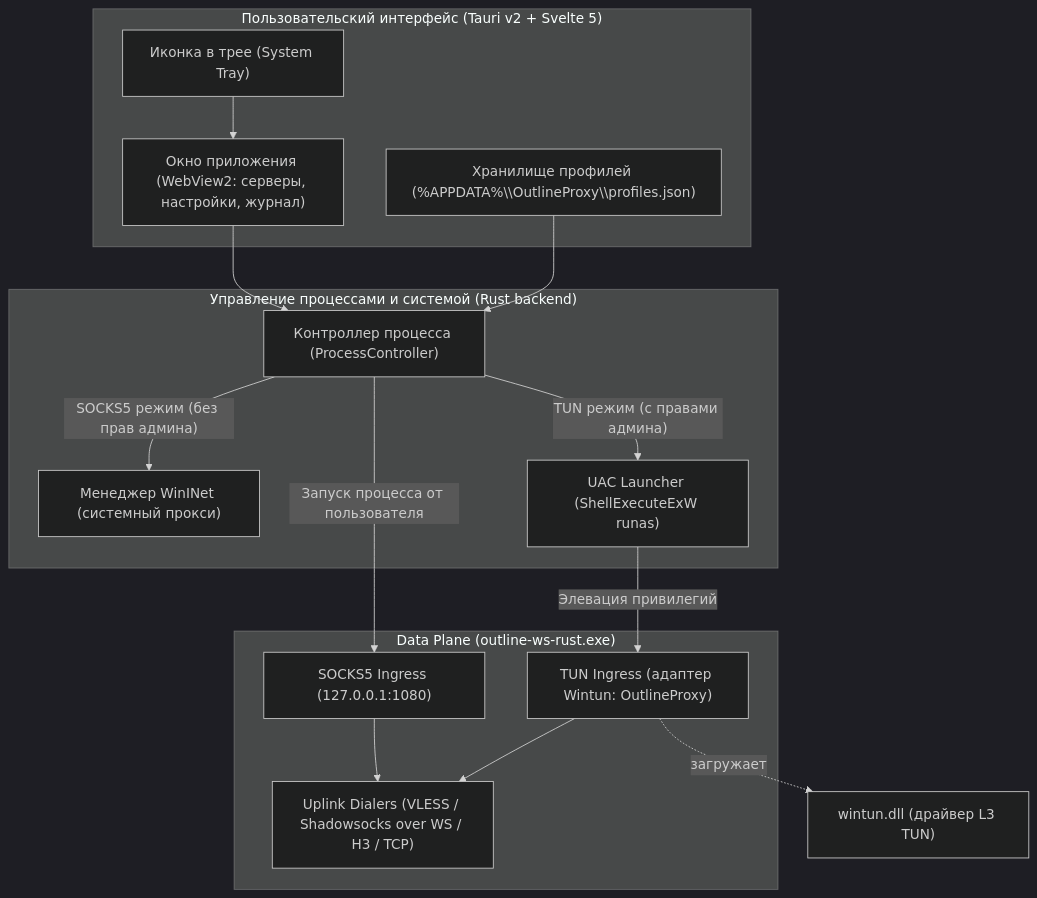
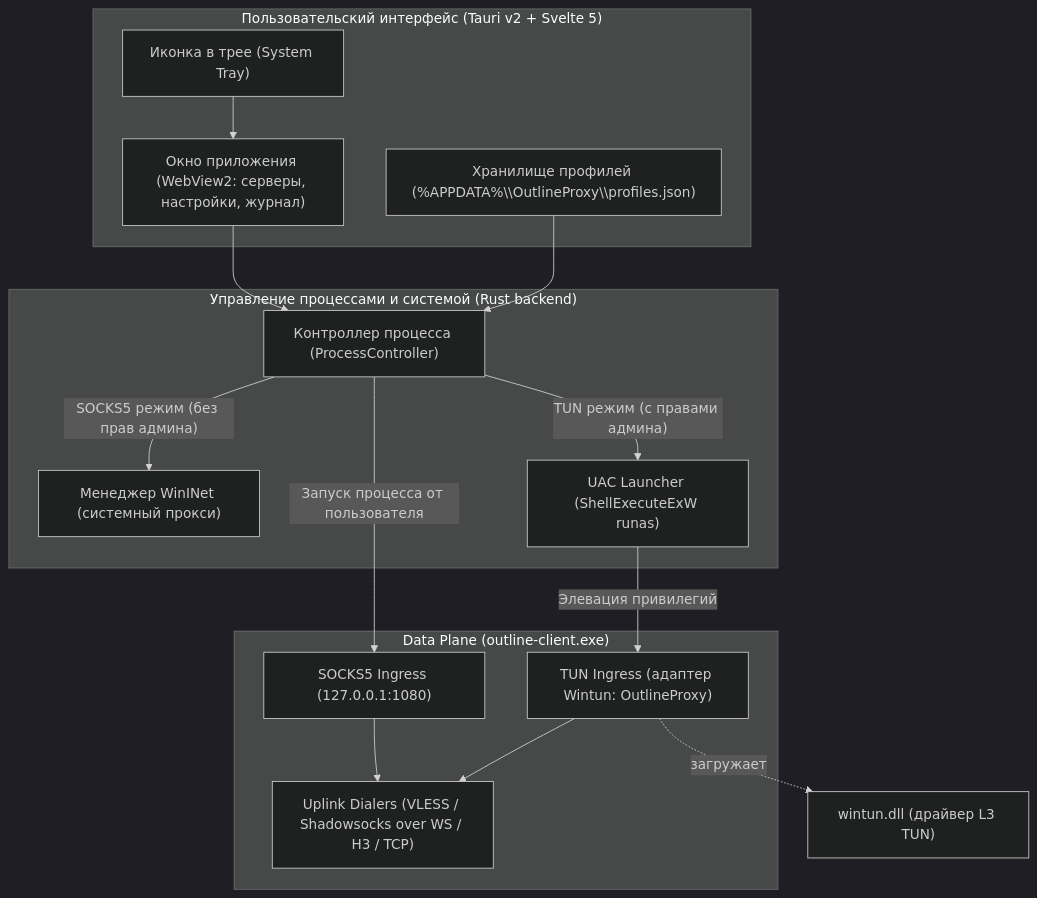
The diagram in windows/README.ru.md (balookrd/outline-proxy), drawn with Mermaid (dark theme) before and after one commit. The commit also changed other lines of this file and 11 other files, not shown here.

Commit message:
refactor(windows): switch core binary and packaging to outline-client

````diff
--- a/windows/README.ru.md
+++ b/windows/README.ru.md
@@ -15,34 +15,34 @@
 ```mermaid
 flowchart TD
     subgraph UI ["Пользовательский интерфейс (Tauri v2 + Svelte 5)"]
         Tray["Иконка в трее (System Tray)"]
         Window["Окно приложения (WebView2: серверы, настройки, журнал)"]
         Store["Хранилище профилей (%APPDATA%\\OutlineProxy\\profiles.json)"]
     end
 
     subgraph Core ["Управление процессами и системой (Rust backend)"]
         Controller["Контроллер процесса (ProcessController)"]
         WinINet["Менеджер WinINet (системный прокси)"]
         UAC["UAC Launcher (ShellExecuteExW runas)"]
     end
 
-    subgraph DataPlane ["Data Plane (outline-ws-rust.exe)"]
+    subgraph DataPlane ["Data Plane (outline-client.exe)"]
         SocksMode["SOCKS5 Ingress (127.0.0.1:1080)"]
         TunMode["TUN Ingress (адаптер Wintun: OutlineProxy)"]
         Uplink["Uplink Dialers (VLESS / Shadowsocks over WS / H3 / TCP)"]
     end
 
     Tray --> Window
     Window --> Controller
     Store --> Controller
 
     Controller -- "SOCKS5 режим (без прав админа)" --> WinINet
     Controller -- "Запуск процесса от пользователя" --> SocksMode
 
     Controller -- "TUN режим (с правами админа)" --> UAC
     UAC -- "Элевация привилегий" --> TunMode
     TunMode -.->|загружает| Wintun["wintun.dll (драйвер L3 TUN)"]
 
     SocksMode --> Uplink
     TunMode --> Uplink
 ```
````
